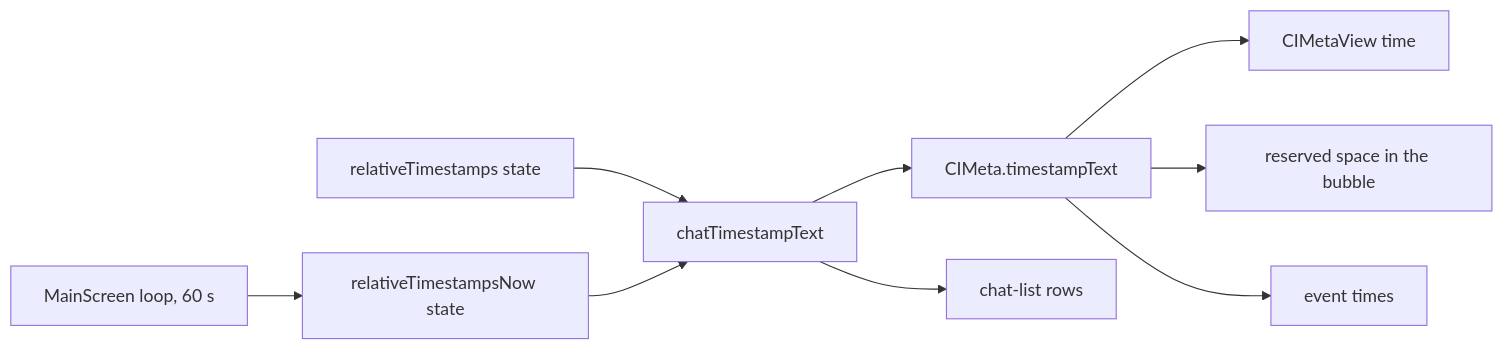
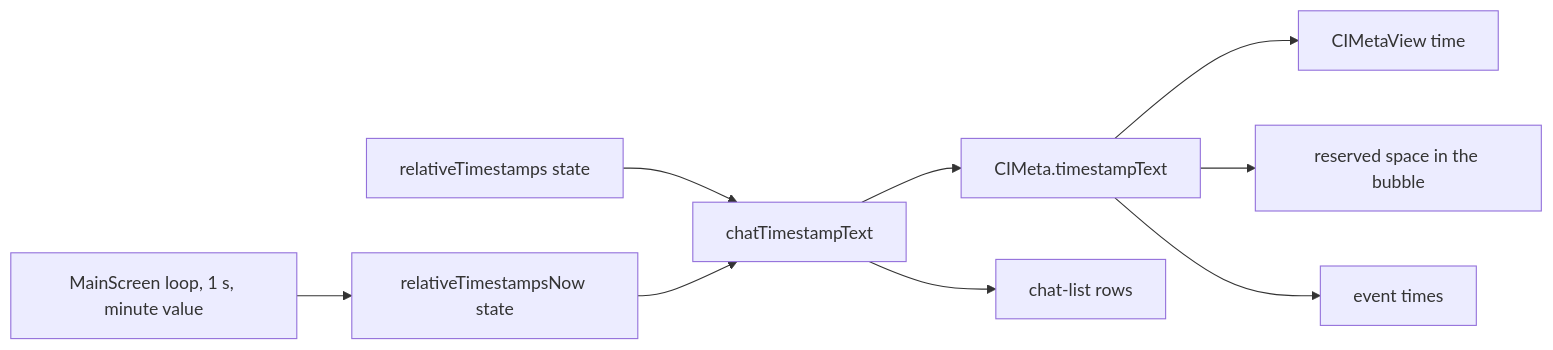
Before and after one commit to Narasimha-sc/simplex-chat: the diagram in plans/2026-11-07-relative-timestamps.md, drawn with Mermaid. The commit also changed other lines of this file and 4 other files, not shown here.

````diff
--- a/plans/2026-11-07-relative-timestamps.md
+++ b/plans/2026-11-07-relative-timestamps.md
@@ -30,11 +29,11 @@
 ```mermaid
 flowchart LR
   P[relativeTimestamps state] --> C[chatTimestampText]
   N[relativeTimestampsNow state] --> C
-  M[MainScreen loop, 60 s] --> N
+  M[MainScreen loop, 1 s, minute value] --> N
   C --> T[CIMeta.timestampText]
   C --> L[chat-list rows]
   T --> V[CIMetaView time]
   T --> R[reserved space in the bubble]
   T --> E[event times]
 ```
````
